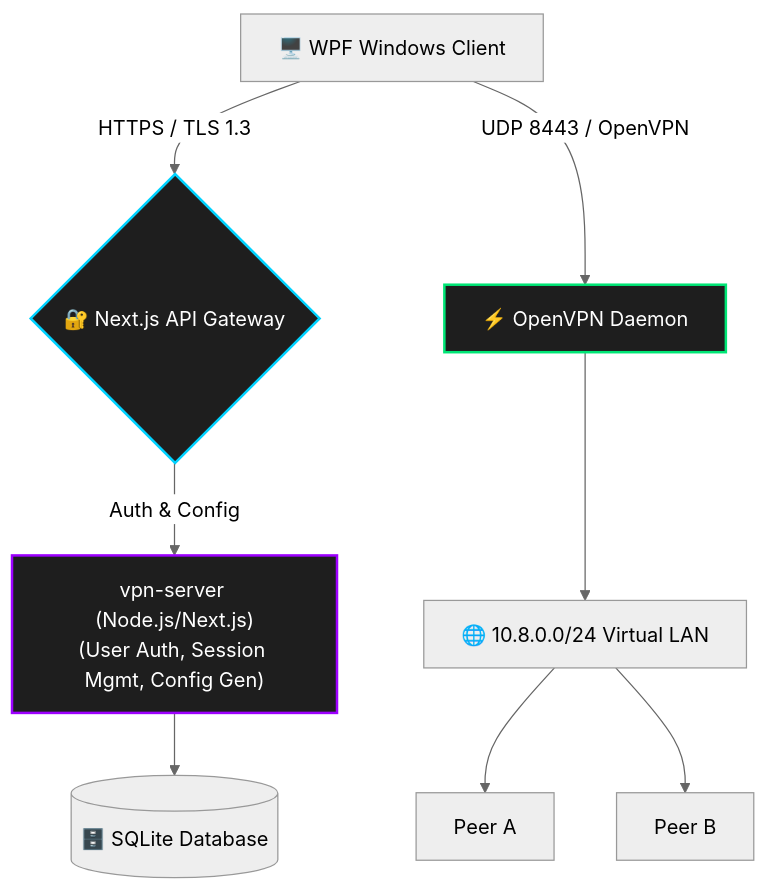
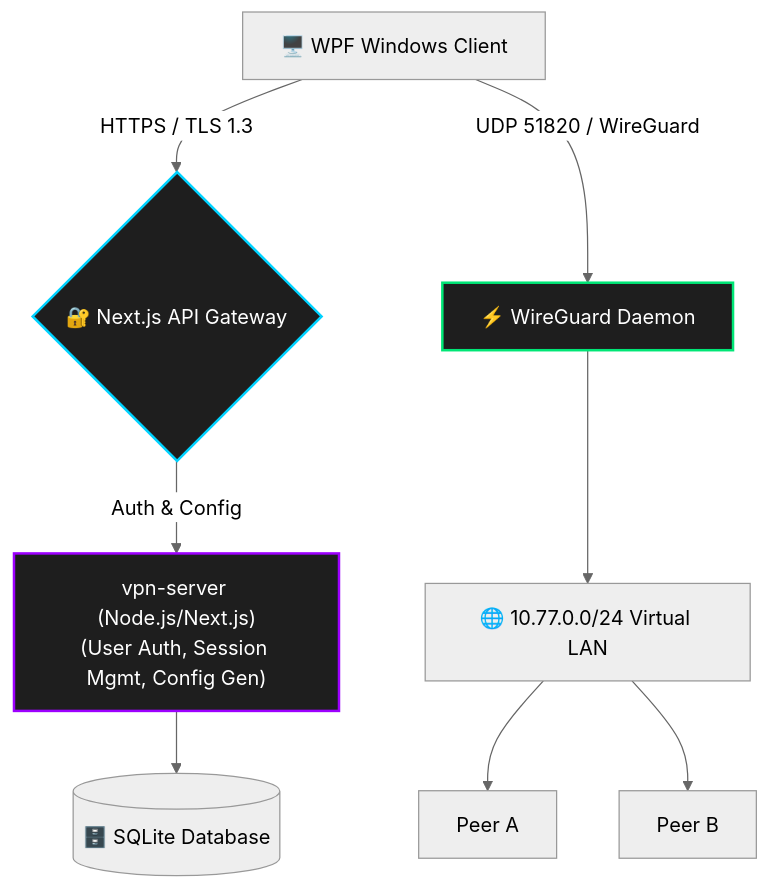
Before and after one commit to ali38958/Custom-VPN: the diagram in README.md, drawn with Mermaid (neutral theme). The commit also changed other lines of this file and 44 other files, not shown here.

Commit message:
chore: sanitize domain, clean up unused files, update README to WireGuard

````diff
--- a/README.md
+++ b/README.md
@@ -28,17 +28,17 @@
 ```mermaid
 graph TD
     Client[🖥️ WPF Windows Client] -->|HTTPS / TLS 1.3| Gateway{🔐 Next.js API Gateway}
     
     Gateway -->|Auth & Config| ServerAPI["vpn-server (Node.js/Next.js)<br/>(User Auth, Session Mgmt, Config Gen)"]
     ServerAPI --> DB[(🗄️ SQLite Database)]
     
-    Client -->|UDP 8443 / OpenVPN| OpenVPNServer[⚡ OpenVPN Daemon]
-    OpenVPNServer --> VirtualSubnet[🌐 10.8.0.0/24 Virtual LAN]
+    Client -->|UDP 51820 / WireGuard| WGServer[⚡ WireGuard Daemon]
+    WGServer --> VirtualSubnet[🌐 10.77.0.0/24 Virtual LAN]
     
     VirtualSubnet --> PeerA[Peer A]
     VirtualSubnet --> PeerB[Peer B]
     
     style Gateway fill:#1e1e1e,stroke:#00d2ff,stroke-width:2px,color:#fff
     style ServerAPI fill:#1e1e1e,stroke:#9d00ff,stroke-width:2px,color:#fff
-    style OpenVPNServer fill:#1e1e1e,stroke:#00e676,stroke-width:2px,color:#fff
+    style WGServer fill:#1e1e1e,stroke:#00e676,stroke-width:2px,color:#fff
 ```
````
